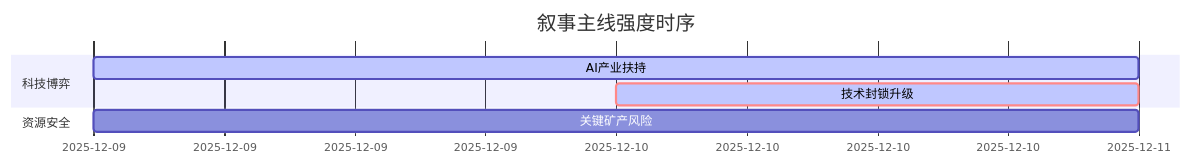
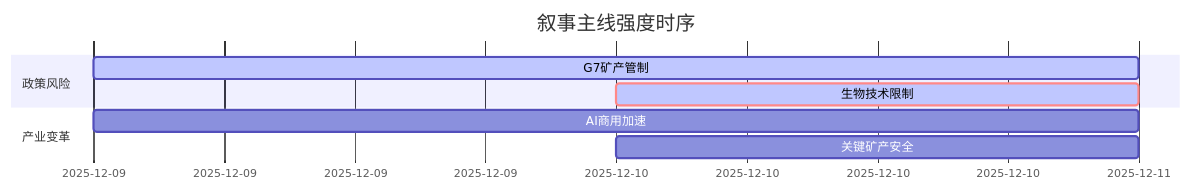
One commit to uu5zn/uu5zn.github.io changed the diagram in README.md. Above: the diagram before and after it, drawn with Mermaid. The commit also changed other lines of this file and 9 other files, not shown here.

````diff
--- a/README.md
+++ b/README.md
@@ -54,11 +43,12 @@
 ```mermaid
 gantt
     title 叙事主线强度时序
     dateFormat  YYYY-MM-DD
-    section 科技博弈
-    AI产业扶持   :active, 2025-12-09, 2d
-    技术封锁升级   :crit, active, 2025-12-10, 1d
+    section 政策风险
+    G7矿产管制   :active, 2025-12-09, 2d
+    生物技术限制 :crit, active, 2025-12-10, 1d
     
-    section 资源安全
-    关键矿产风险   :2025-12-09, 2d
+    section 产业变革
+    AI商用加速   :2025-12-09, 2d
+    关键矿产安全 :2025-12-10, 1d
 ```
````
